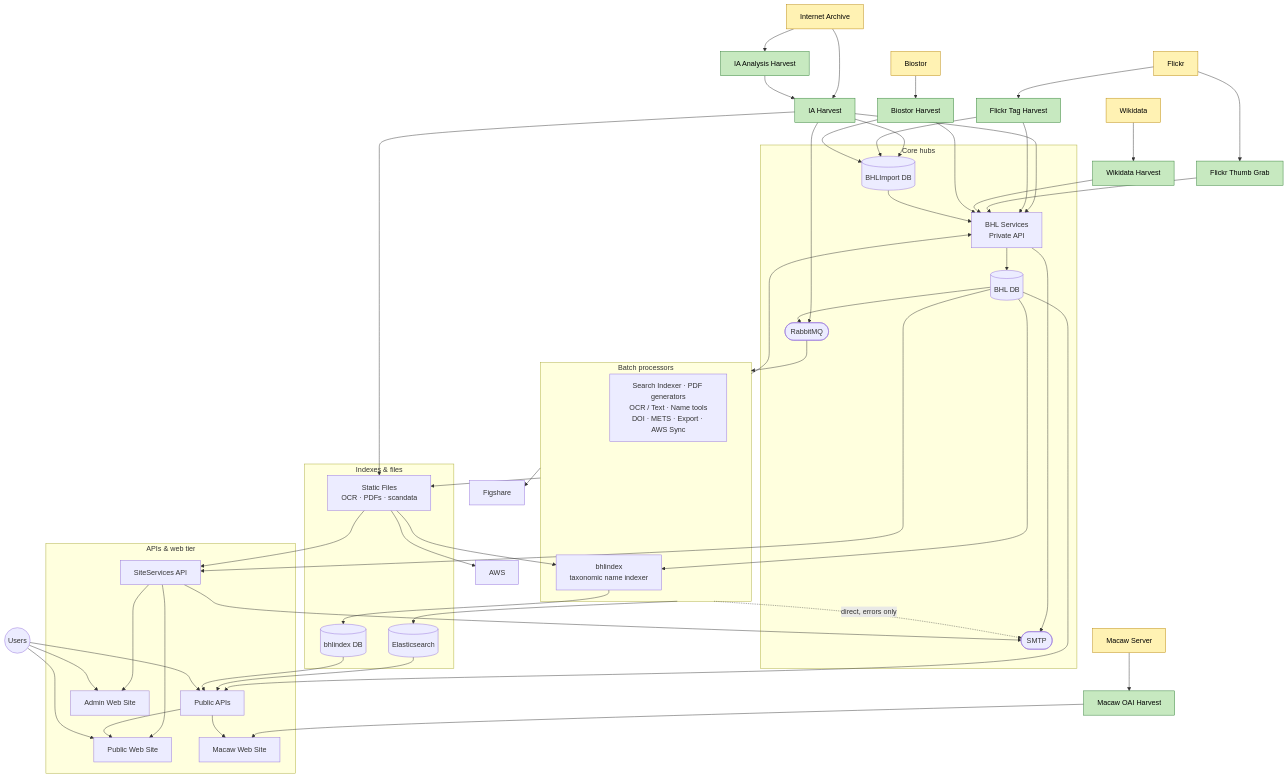
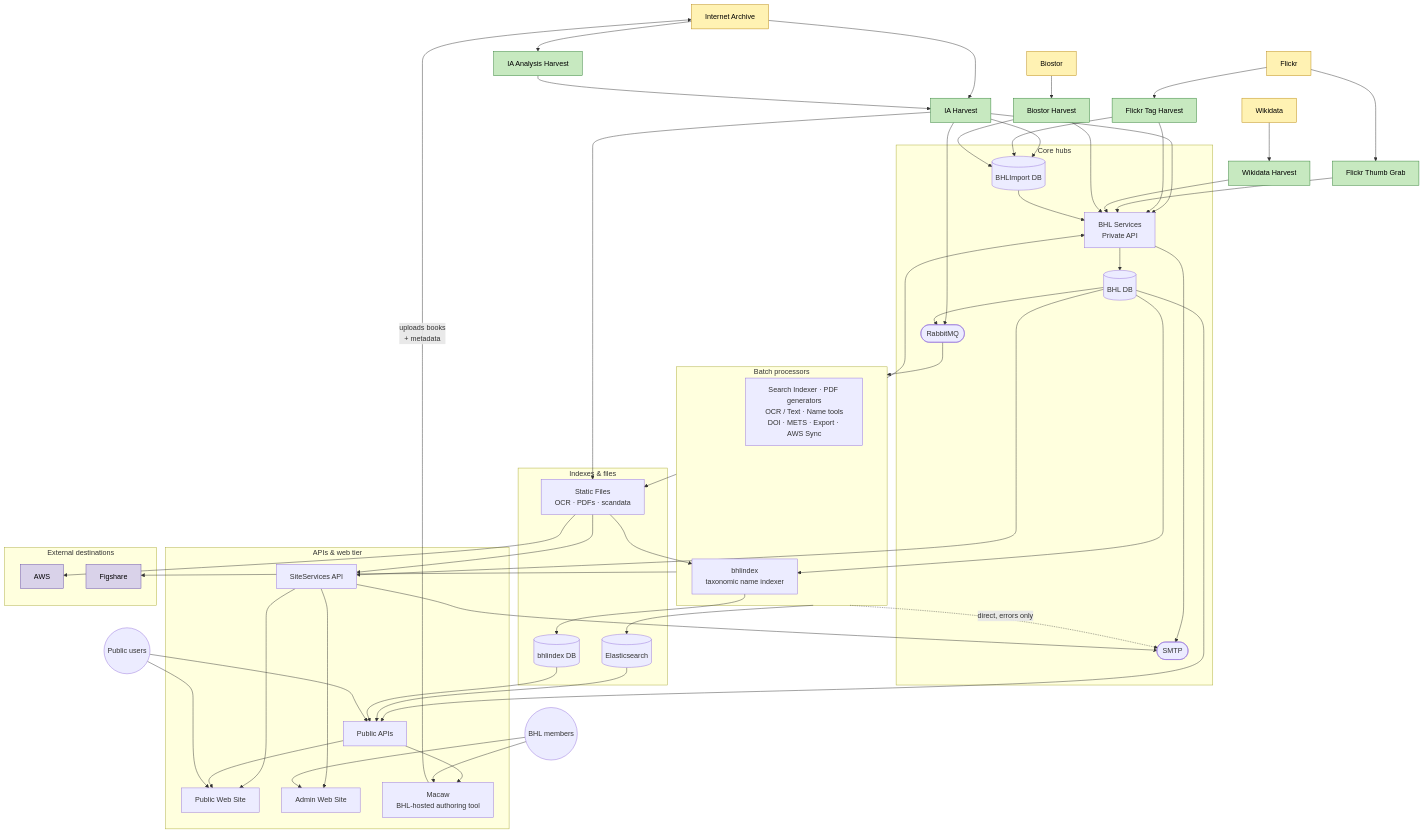
The diagram in diagrams/overview.md (rdmpage/bhl-data-flows), drawn with Mermaid before and after one commit. The commit also changed other lines of this file, not shown here.

Commit message:
Correct Macaw as BHL-hosted authoring tool; split audience; cluster destinations
The original drawio diagram's "Macaw Server" / "Macaw OAI Harvest" nodes
misrepresented the flow. Macaw is actually a BHL-hosted CodeIgniter app
that partner institutions use to prepare page-level metadata; it
uploads book packages to Internet Archive via S3 using per-partner IA
credentials. BHL then picks the content up through the normal IA
Harvest pipeline. So the path is BHL members -> Macaw -> IA -> IA
Harvest -> BHL core. Macaw has no OAI-PMH endpoint (it consumes OAI
feeds but does not expose one), so the "Macaw OAI Harvest" label is
dropped.

Also: cluster AWS + Figshare as "External destinations" with a new
lavender colour class, and split the "Users" node into "Public users"
(Public Web Site + Public APIs) and "BHL members" (Admin Web Site +
Macaw) to show audience boundaries.

````diff
--- a/diagrams/overview.md
+++ b/diagrams/overview.md
@@ -11,7 +11,6 @@
     Flickr[Flickr]
     WD[Wikidata]
     Biostor[Biostor]
-    MacawSrv[Macaw Server]
 
     %% --- Harvesters, one per source/mode ---
     IAAnal[IA Analysis Harvest]
@@ -20,7 +19,6 @@
     FlickrThumb[Flickr Thumb Grab]
     WDH[Wikidata Harvest]
     BiostorH[Biostor Harvest]
-    MacawOAI[Macaw OAI Harvest]
 
     subgraph Core["Core hubs"]
         PrivAPI[BHL Services<br/>Private API]
@@ -46,12 +44,16 @@
         PubAPI[Public APIs]
         PubWeb[Public Web Site]
         AdminWeb[Admin Web Site]
-        MacawWeb[Macaw Web Site]
+        Macaw[Macaw<br/>BHL-hosted authoring tool]
     end
 
-    AWS[AWS]
-    Figshare[Figshare]
-    Users((Users))
+    subgraph Outbound["External destinations"]
+        AWS[AWS]
+        Figshare[Figshare]
+    end
+
+    PublicUsers((Public users))
+    BHLMembers((BHL members))
 
     %% --- Source -> harvester ---
     IA --> IAAnal
@@ -60,7 +62,6 @@
     Flickr --> FlickrThumb
     WD --> WDH
     Biostor --> BiostorH
-    MacawSrv --> MacawOAI
 
     %% --- Harvester -> destinations ---
     IAAnal --> IAH
@@ -74,7 +75,6 @@
     WDH --> PrivAPI
     BiostorH --> ImportDB
     BiostorH --> PrivAPI
-    MacawOAI --> MacawWeb
 
     %% --- Core internals ---
     ImportDB --> PrivAPI
@@ -97,10 +97,16 @@
     SiteSvc --> PubWeb
     SiteSvc --> AdminWeb
     PubAPI --> PubWeb
-    PubAPI --> MacawWeb
-    Users --> PubWeb
-    Users --> AdminWeb
-    Users --> PubAPI
+    PubAPI --> Macaw
+
+    %% --- Audience ---
+    PublicUsers --> PubWeb
+    PublicUsers --> PubAPI
+    BHLMembers --> AdminWeb
+    BHLMembers --> Macaw
+
+    %% --- Macaw uploads to IA (content later flows back via IA Harvest) ---
+    Macaw -- "uploads books<br/>+ metadata" --> IA
 
     %% --- Outbound / side-effects ---
     Files --> AWS
@@ -112,6 +118,8 @@
     %% --- Styling ---
     classDef source fill:#fff2b3,stroke:#b8860b,color:#000;
     classDef harvester fill:#c7e9c0,stroke:#2e7d32,color:#000;
-    class IA,Flickr,WD,Biostor,MacawSrv source;
-    class IAAnal,IAH,FlickrTag,FlickrThumb,WDH,BiostorH,MacawOAI harvester;
+    classDef destination fill:#d9d2e9,stroke:#674ea7,color:#000;
+    class IA,Flickr,WD,Biostor source;
+    class IAAnal,IAH,FlickrTag,FlickrThumb,WDH,BiostorH harvester;
+    class AWS,Figshare destination;
 ```
````
